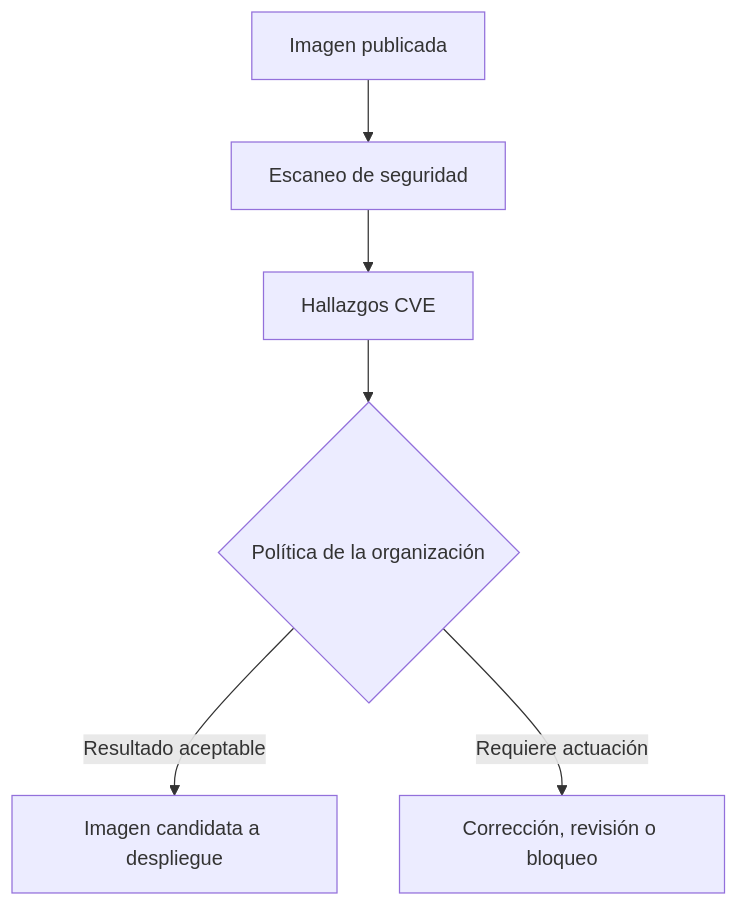
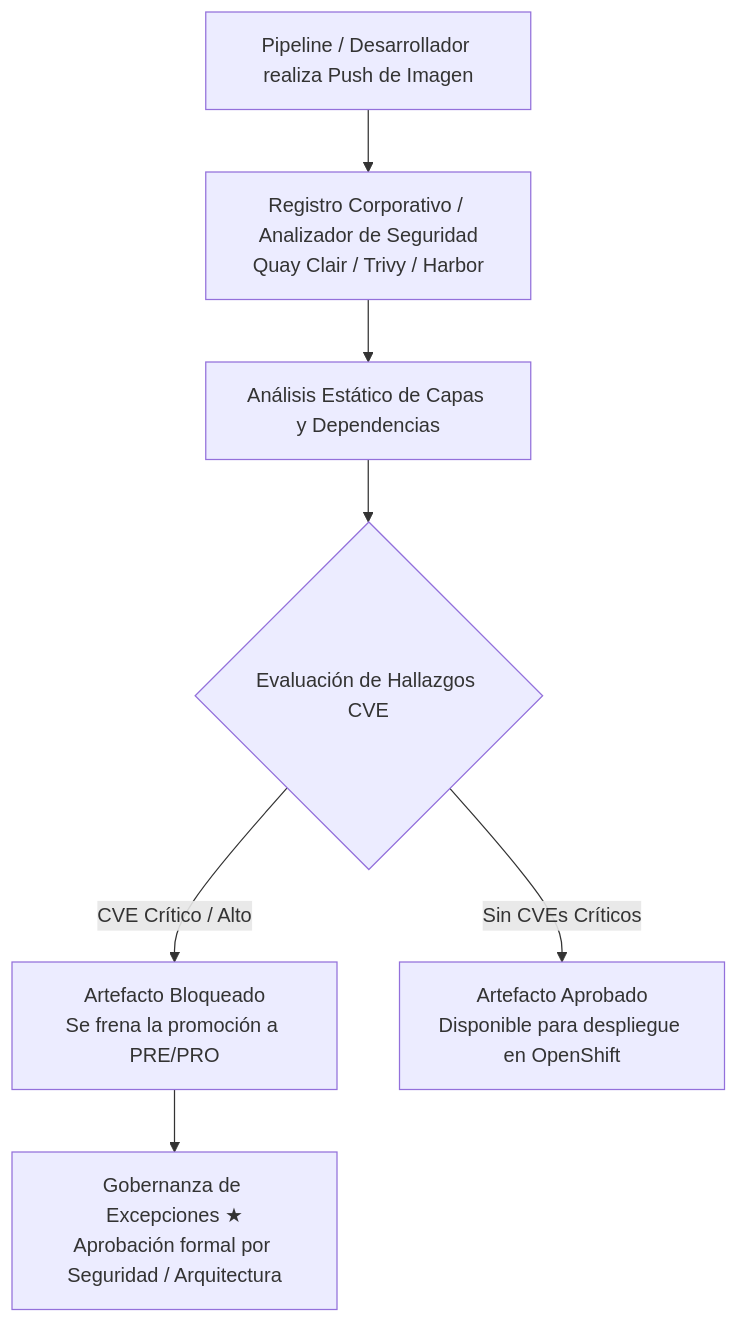
The fourth of 4 diagrams in docs/sesion4/4.4 Registro, gestión y seguridad de imágenes.md (ieftraining/curso-openshift), drawn with Mermaid before and after one commit. The commit also changed other lines of this file, not shown here.

````diff
--- a/docs/sesion4/4.4 Registro, gestión y seguridad de imágenes.md
+++ b/docs/sesion4/4.4 Registro, gestión y seguridad de imágenes.md
@@ -244,8 +178,9 @@
 ```mermaid
 flowchart TD
-    A[Imagen publicada] --> B[Escaneo de seguridad]
-    B --> C[Hallazgos CVE]
-    C --> D{Política de la organización}
-    D -->|Resultado aceptable| E[Imagen candidata a despliegue]
-    D -->|Requiere actuación| F[Corrección, revisión o bloqueo]
+    A[Pipeline / Desarrollador realiza Push de Imagen] --> B[Registro Corporativo / Analizador de Seguridad<br>Quay Clair / Trivy / Harbor]
+    B --> C[Análisis Estático de Capas y Dependencias]
+    C --> D{Evaluación de Hallazgos CVE}
+    D -->|CVE Crítico / Alto| E[Artefacto Bloqueado<br>Se frena la promoción a PRE/PRO]
+    D -->|Sin CVEs Críticos| F[Artefacto Aprobado<br>Disponible para despliegue en OpenShift]
+    E --> G[Gobernanza de Excepciones ★<br>Aprobación formal por Seguridad / Arquitectura]
 ```
````
